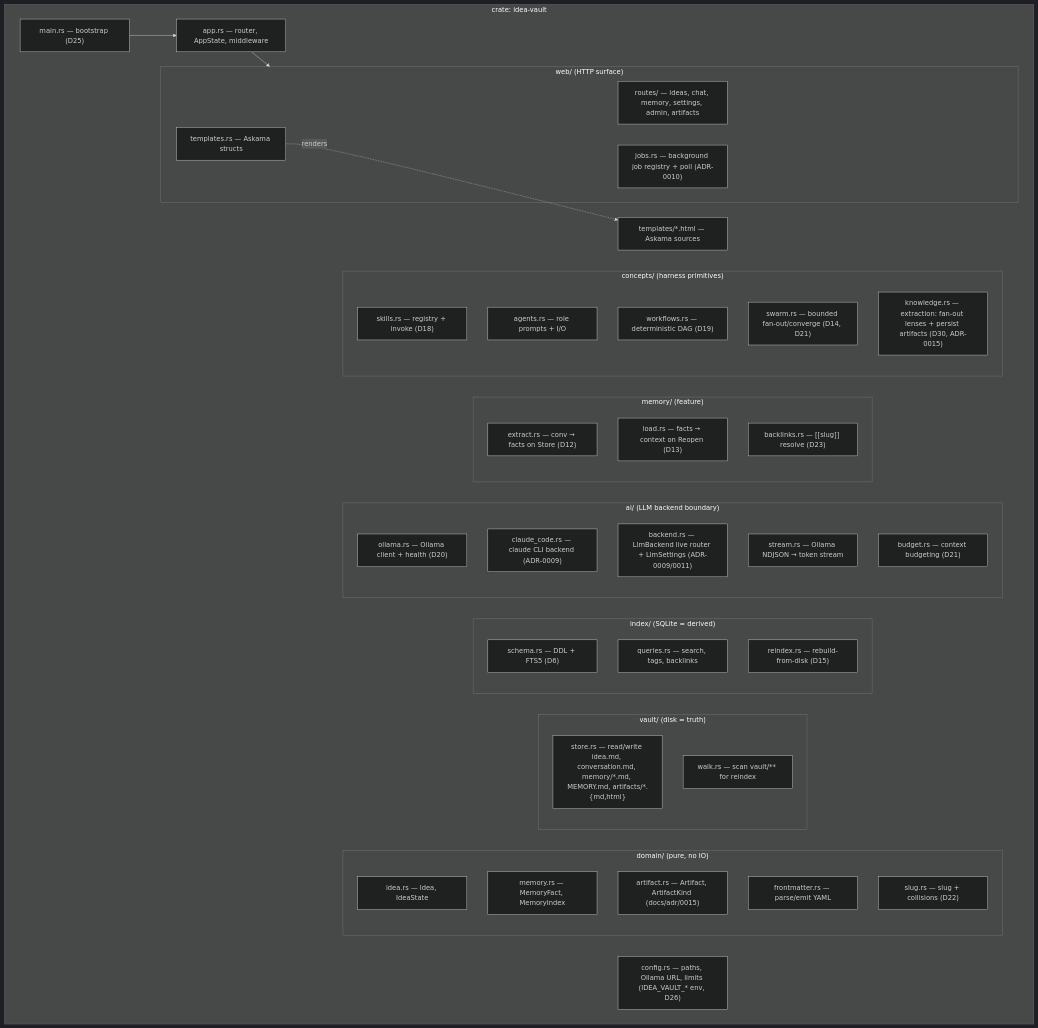
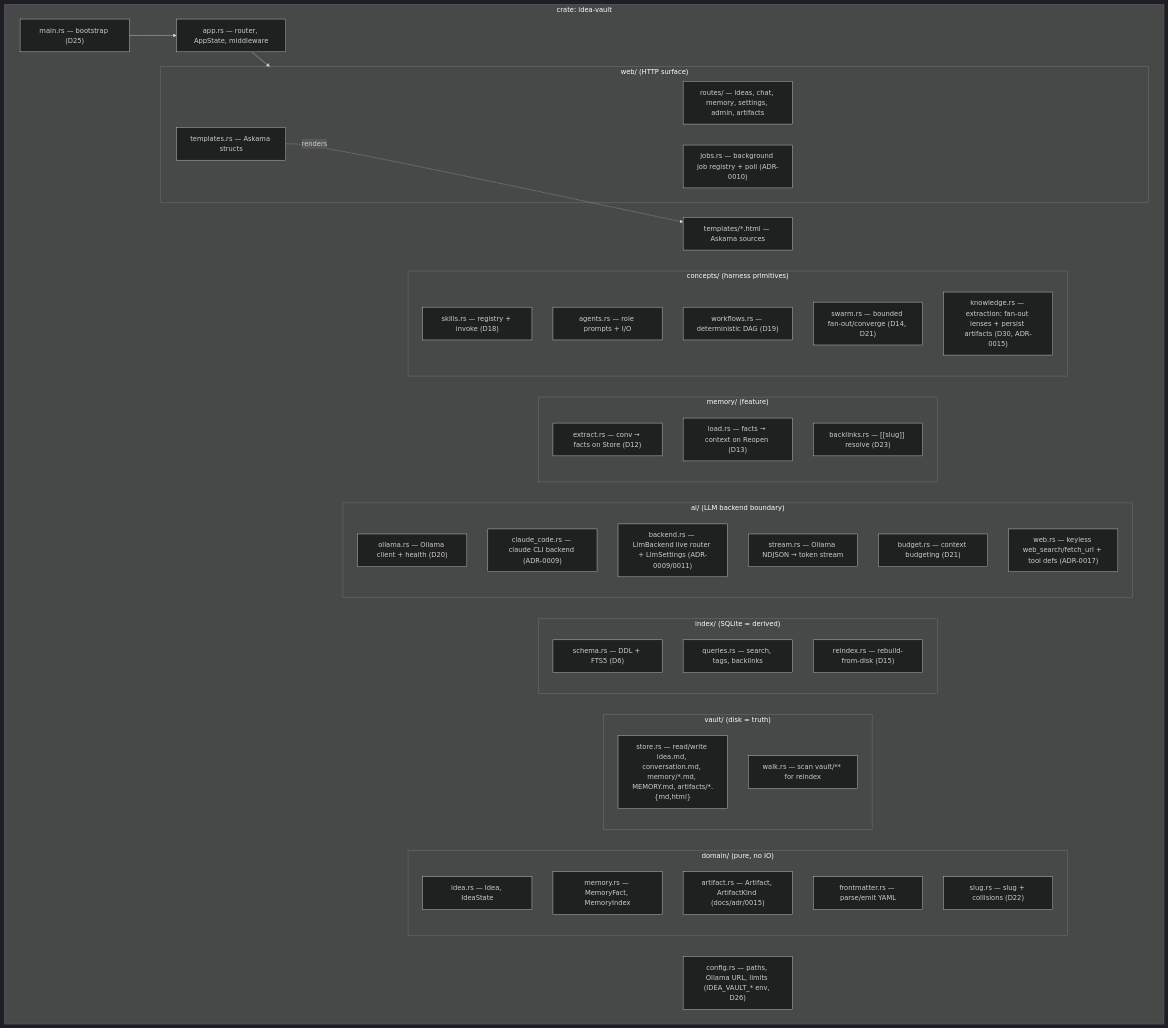
One commit to jasdian/idea-vault changed the first of 2 diagrams in docs/02-module-reference.md. Above: the diagram before and after it, drawn with Mermaid (dark theme). The commit also changed other lines of this file and 28 other files, not shown here.

First line of the commit message:
feat(ai,web): web access on both backends (ADR-0017) + workflow UI trigger (R22)

````diff
--- a/docs/02-module-reference.md
+++ b/docs/02-module-reference.md
@@ -13,60 +13,61 @@
 ```mermaid
 flowchart TB
     subgraph crate["crate: idea-vault"]
         MAIN["main.rs — bootstrap (D25)"]
         APP["app.rs — router, AppState, middleware"]
         CFG["config.rs — paths, Ollama URL, limits (IDEA_VAULT_* env, D26)"]
 
         subgraph domain["domain/ (pure, no IO)"]
             D_IDEA["idea.rs — Idea, IdeaState"]
             D_MEM["memory.rs — MemoryFact, MemoryIndex"]
             D_ART["artifact.rs — Artifact, ArtifactKind (docs/adr/0015)"]
             D_FM["frontmatter.rs — parse/emit YAML"]
             D_SLUG["slug.rs — slug + collisions (D22)"]
         end
 
         subgraph vault["vault/ (disk = truth)"]
             V_STORE["store.rs — read/write idea.md, conversation.md, memory/*.md, MEMORY.md, artifacts/*.{md,html}"]
             V_WALK["walk.rs — scan vault/** for reindex"]
         end
 
         subgraph index["index/ (SQLite = derived)"]
             I_SCHEMA["schema.rs — DDL + FTS5 (D6)"]
             I_QUERY["queries.rs — search, tags, backlinks"]
             I_REIDX["reindex.rs — rebuild-from-disk (D15)"]
         end
 
         subgraph ai["ai/ (LLM backend boundary)"]
             A_OLL["ollama.rs — Ollama client + health (D20)"]
             A_CC["claude_code.rs — claude CLI backend (ADR-0009)"]
             A_BK["backend.rs — LlmBackend live router + LlmSettings (ADR-0009/0011)"]
             A_STREAM["stream.rs — Ollama NDJSON → token stream"]
             A_BUDGET["budget.rs — context budgeting (D21)"]
+            A_WEB["web.rs — keyless web_search/fetch_url + tool defs (ADR-0017)"]
         end
 
         subgraph memory["memory/ (feature)"]
             M_EXTRACT["extract.rs — conv → facts on Store (D12)"]
             M_LOAD["load.rs — facts → context on Reopen (D13)"]
             M_BACK["backlinks.rs — [[slug]] resolve (D23)"]
         end
 
         subgraph concepts["concepts/ (harness primitives)"]
             C_SKILL["skills.rs — registry + invoke (D18)"]
             C_AGENT["agents.rs — role prompts + I/O"]
             C_WF["workflows.rs — deterministic DAG (D19)"]
             C_SWARM["swarm.rs — bounded fan-out/converge (D14, D21)"]
             C_KNOW["knowledge.rs — extraction: fan-out lenses + persist artifacts (D30, ADR-0015)"]
         end
 
         subgraph web["web/ (HTTP surface)"]
             W_ROUTES["routes/ — ideas, chat, memory, settings, admin, artifacts"]
             W_JOBS["jobs.rs — background job registry + poll (ADR-0010)"]
             W_TMPL["templates.rs — Askama structs"]
         end
 
         TEMPLATES["templates/*.html — Askama sources"]
     end
 
     MAIN --> APP --> web
     W_TMPL -.renders.-> TEMPLATES
 ```
````
